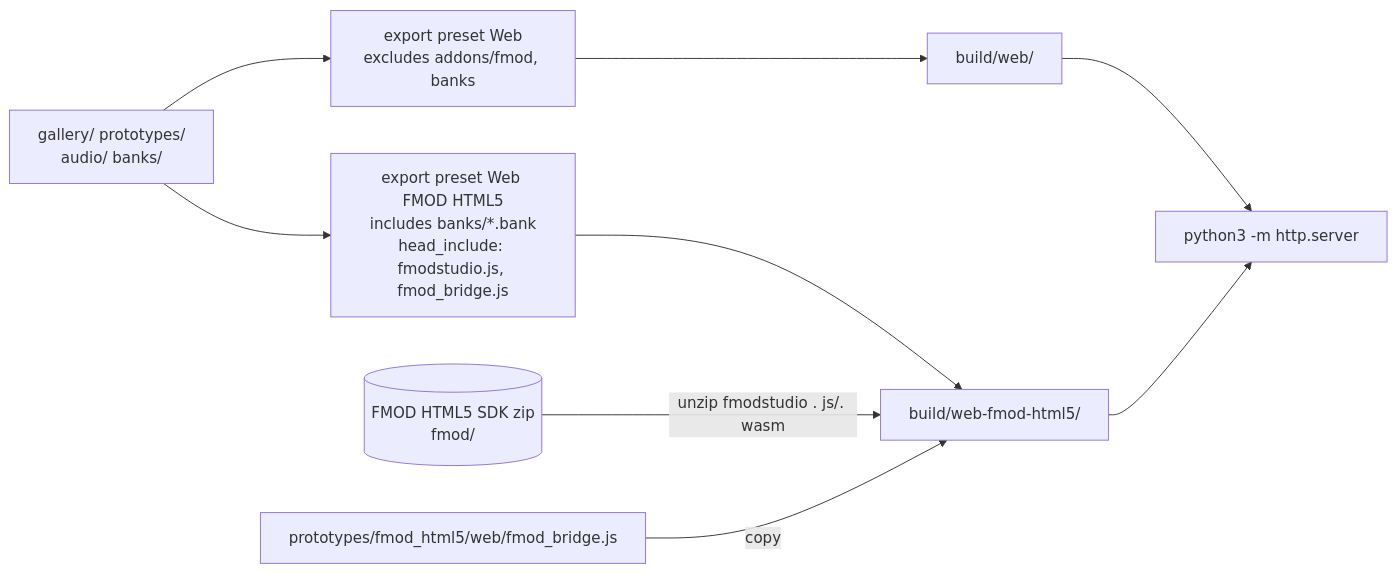
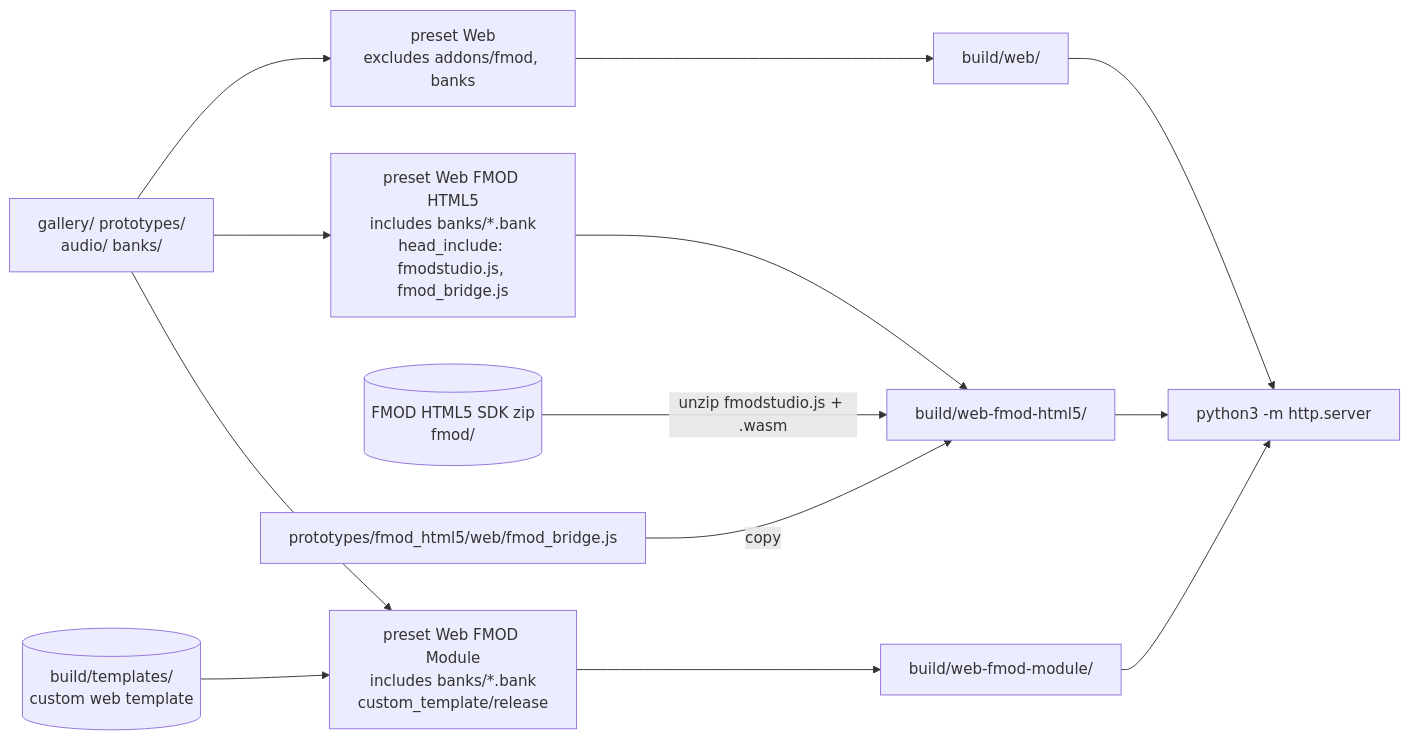
Before and after one commit to THE-ORONCO/prototype-fmod-audio-in-godot-web-export: the third of 3 diagrams in docs/architecture.md, drawn with Mermaid. The commit also changed other lines of this file and 20 other files, not shown here.

Commit message:
Add FMOD engine module with custom web template integration

````diff
--- a/docs/architecture.md
+++ b/docs/architecture.md
@@ -72,11 +77,15 @@
 ```mermaid
 flowchart LR
-    src["gallery/ prototypes/<br/>audio/ banks/"] --> e1["export preset Web<br/>excludes addons/fmod, banks"]
-    src --> e2["export preset Web FMOD HTML5<br/>includes banks/*.bank<br/>head_include: fmodstudio.js, fmod_bridge.js"]
+    src["gallery/ prototypes/<br/>audio/ banks/"] --> e1["preset Web<br/>excludes addons/fmod, banks"]
+    src --> e2["preset Web FMOD HTML5<br/>includes banks/*.bank<br/>head_include: fmodstudio.js, fmod_bridge.js"]
+    src --> e3["preset Web FMOD Module<br/>includes banks/*.bank<br/>custom_template/release"]
     e1 --> w1[build/web/]
-e2 --> w2[build/web-fmod-html5/]
-sdk[(FMOD HTML5 SDK zip<br/>fmod/)] -- unzip fmodstudio . js/. wasm --> w2
-bridge[prototypes/fmod_html5/web/fmod_bridge.js] -- copy --> w2
-w1 --> serve[python3 -m http.server]
-w2 --> serve
+    e2 --> w2[build/web-fmod-html5/]
+    e3 --> w3[build/web-fmod-module/]
+    sdk[("FMOD HTML5 SDK zip<br/>fmod/")] -- "unzip fmodstudio.js + .wasm" --> w2
+    bridge[prototypes/fmod_html5/web/fmod_bridge.js] -- copy --> w2
+    tpl[("build/templates/<br/>custom web template")] --> e3
+    w1 --> serve[python3 -m http.server]
+    w2 --> serve
+    w3 --> serve
 ```
````
